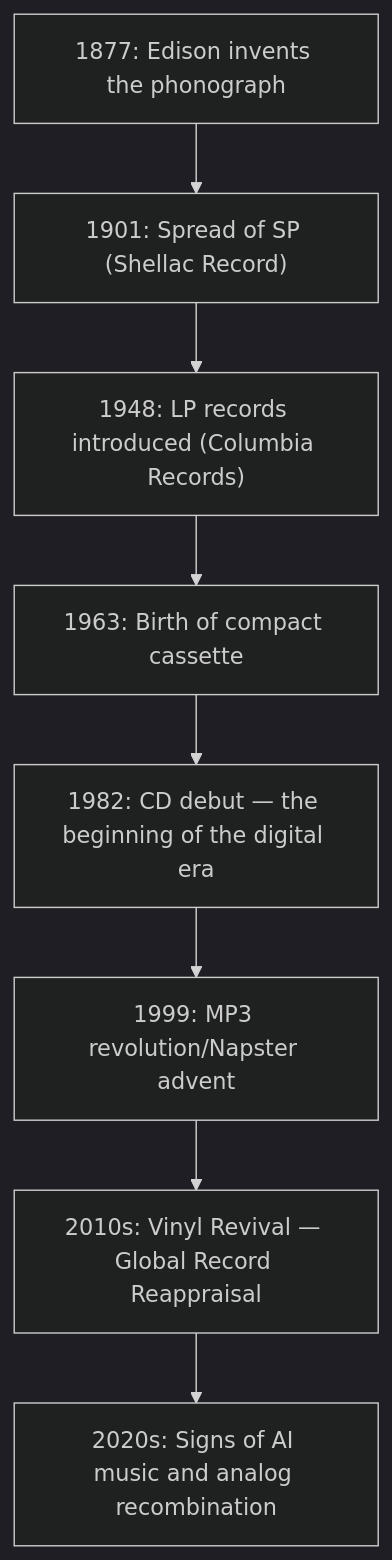
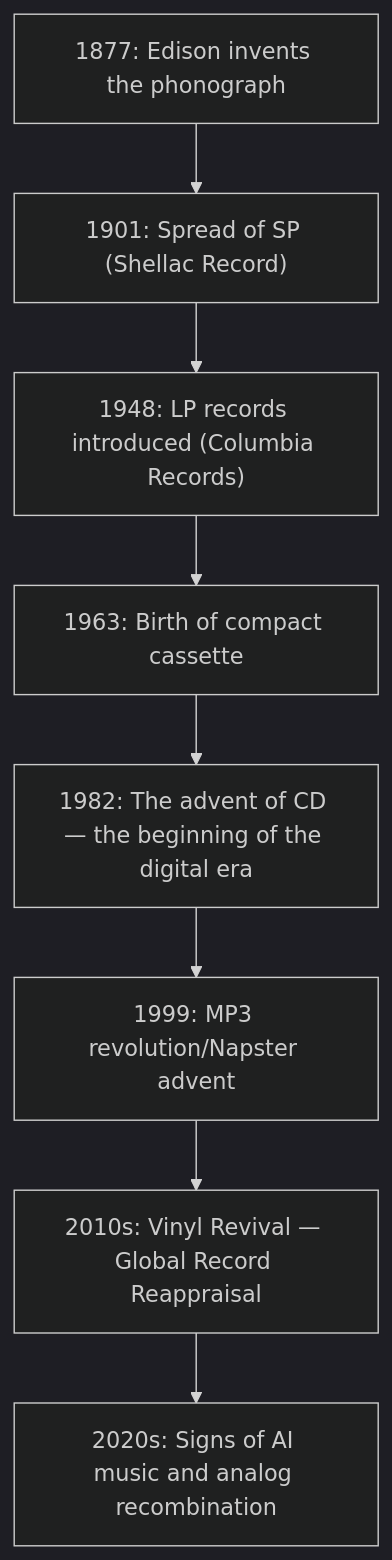
One commit to monumental-movement/monumental-movement.github.io changed the diagram in en/_posts/2025-10-22-column-why-we-buy-vinyl.md. Above: the diagram before and after it, drawn with Mermaid (dark theme). The commit also changed other lines of this file and 321 other files, not shown here.

```diff
--- a/en/_posts/2025-10-22-column-why-we-buy-vinyl.md
+++ b/en/_posts/2025-10-22-column-why-we-buy-vinyl.md
@@ -159,12 +159,12 @@
 <div class="mermaid">
 
 flowchart TD
     A1877["1877: Edison invents the phonograph"] --> A1901["1901: Spread of SP (Shellac Record)"]
     A1901 --> A1948["1948: LP records introduced (Columbia Records)"]
     A1948 --> A1963["1963: Birth of compact cassette"]
-    A1963 --> A1982["1982: CD debut — the beginning of the digital era"]
+    A1963 --> A1982["1982: The advent of CD — the beginning of the digital era"]
     A1982 --> A1999["1999: MP3 revolution/Napster advent"]
     A1999 --> A2010["2010s: Vinyl Revival — Global Record Reappraisal"]
     A2010 --> A2020["2020s: Signs of AI music and analog recombination"]
 
 </div>
```
